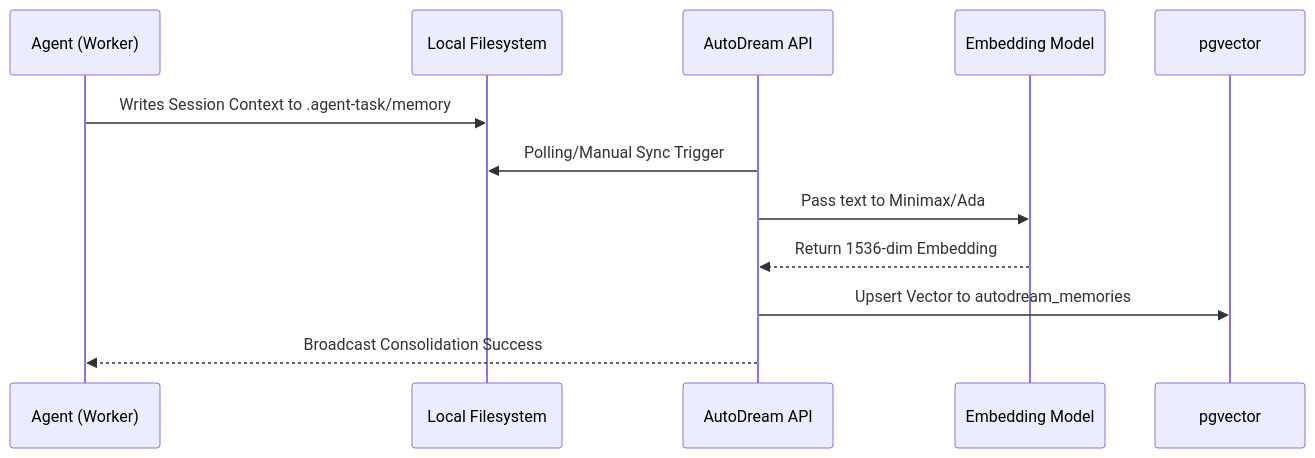
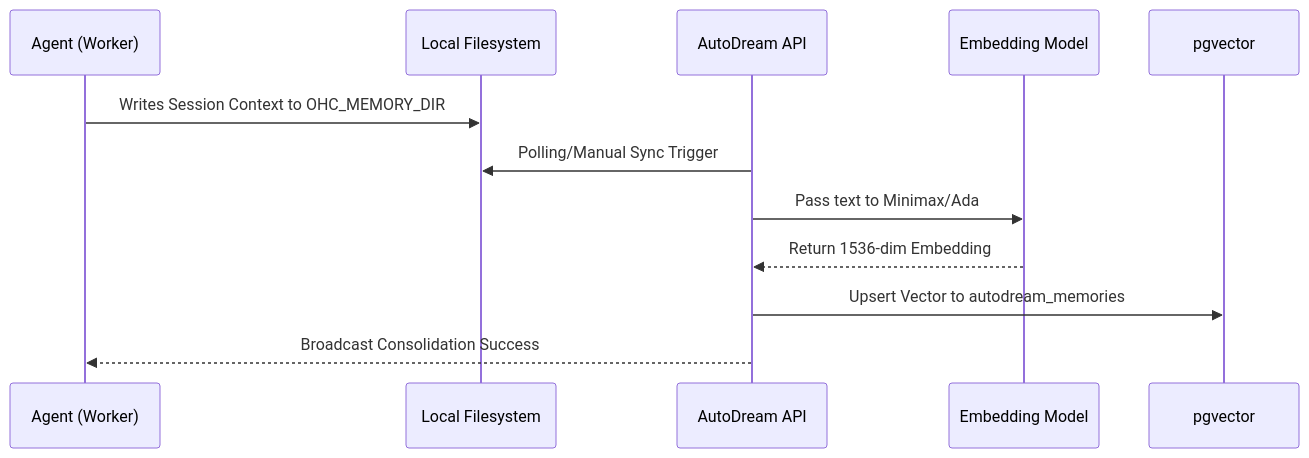
One commit to omnisolo-llc/onehumancorp changed the diagram in docs/api/kairos_orchestration_api.md. Above: the diagram before and after it, drawn with Mermaid. The commit also changed other lines of this file and 869 other files, not shown here.

````diff
--- a/docs/api/kairos_orchestration_api.md
+++ b/docs/api/kairos_orchestration_api.md
@@ -115,15 +115,15 @@
 ```mermaid
 sequenceDiagram
     participant Worker as Agent (Worker)
     participant FS as Local Filesystem
     participant AutoDream as AutoDream API
     participant LLM as Embedding Model
     participant DB as pgvector
 
-    Worker->>FS: Writes Session Context to .agent-task/memory
+    Worker->>FS: Writes Session Context to OHC_MEMORY_DIR
     AutoDream->>FS: Polling/Manual Sync Trigger
     AutoDream->>LLM: Pass text to Minimax/Ada
     LLM-->>AutoDream: Return 1536-dim Embedding
     AutoDream->>DB: Upsert Vector to autodream_memories
     AutoDream-->>Worker: Broadcast Consolidation Success
 ```
````
